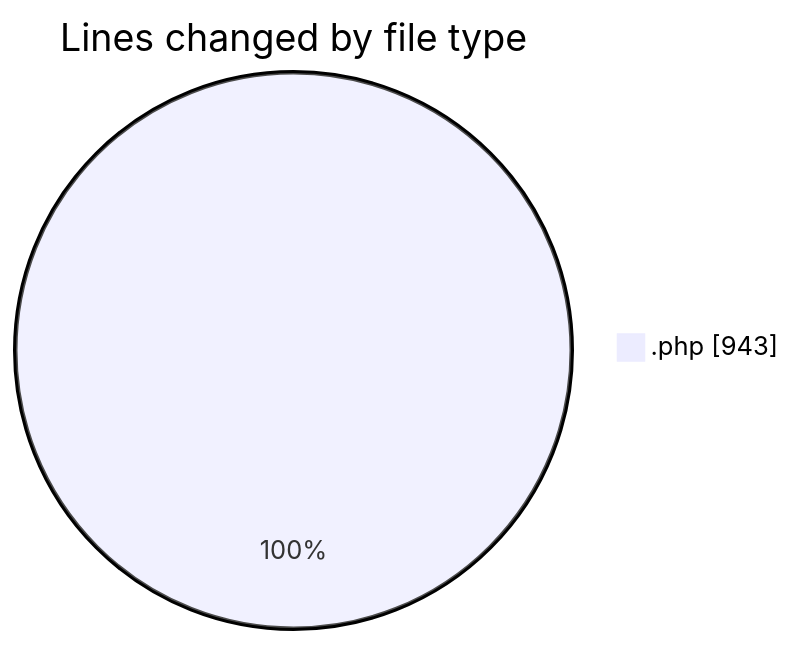
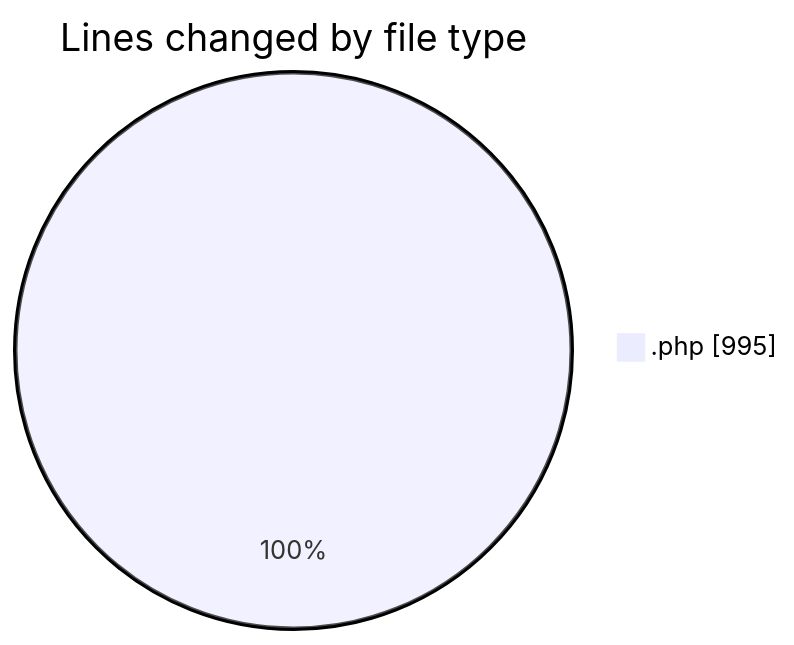
The first of 2 diagrams in 2025-10-14/untitled__workspace_/README.md (debugP/code-tracking), drawn with Mermaid before and after one commit. The commit also changed other lines of this file and 1 other file, not shown here.

````diff
--- a/2025-10-14/untitled__workspace_/README.md
+++ b/2025-10-14/untitled__workspace_/README.md
@@ -20,5 +20,5 @@
 ```mermaid
 pie showData
 title Lines changed by file type
-".php" : 943
+".php" : 995
 ```
````
